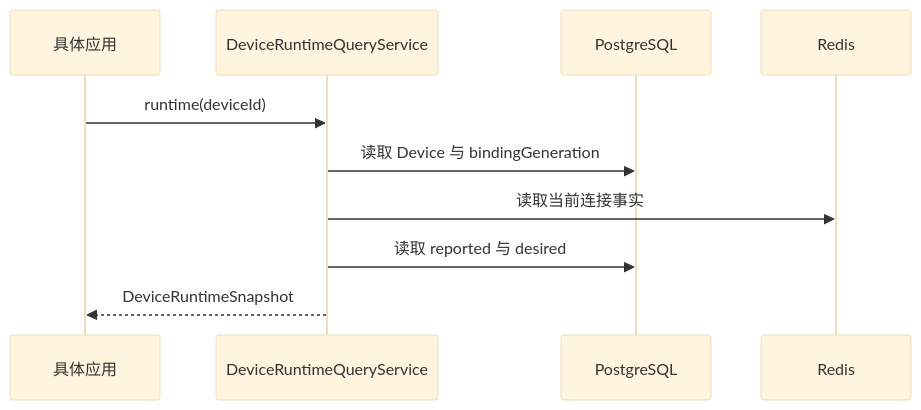
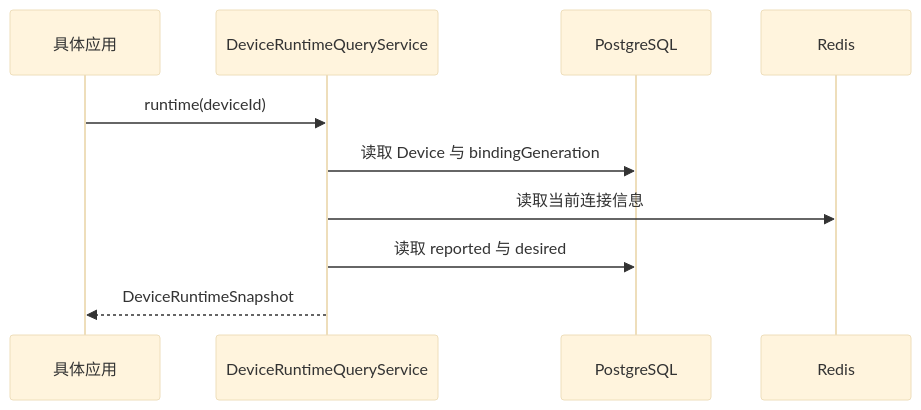
One commit to SH-XiaoXiu/sca4d-j changed the second of 2 diagrams in docs/tutorials/iot-state-and-commands.md. Above: the diagram before and after it, drawn with Mermaid (base theme). The commit also changed other lines of this file and 3775 other files, not shown here.

````diff
--- a/docs/tutorials/iot-state-and-commands.md
+++ b/docs/tutorials/iot-state-and-commands.md
@@ -160,13 +186,13 @@
 ```mermaid
 sequenceDiagram
     participant App as 具体应用
     participant Query as DeviceRuntimeQueryService
     participant PostgreSQL
     participant Redis
 
     App->>Query: runtime(deviceId)
     Query->>PostgreSQL: 读取 Device 与 bindingGeneration
-    Query->>Redis: 读取当前连接事实
+    Query->>Redis: 读取当前连接信息
     Query->>PostgreSQL: 读取 reported 与 desired
     Query-->>App: DeviceRuntimeSnapshot
 ```
````
